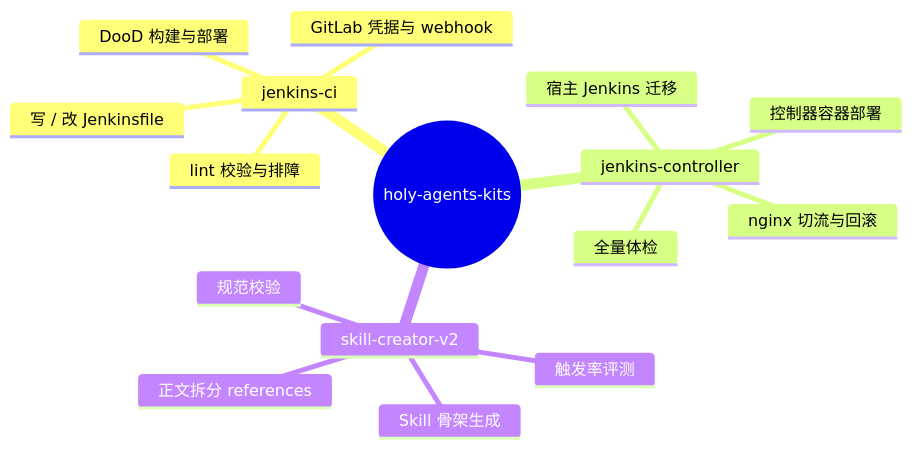
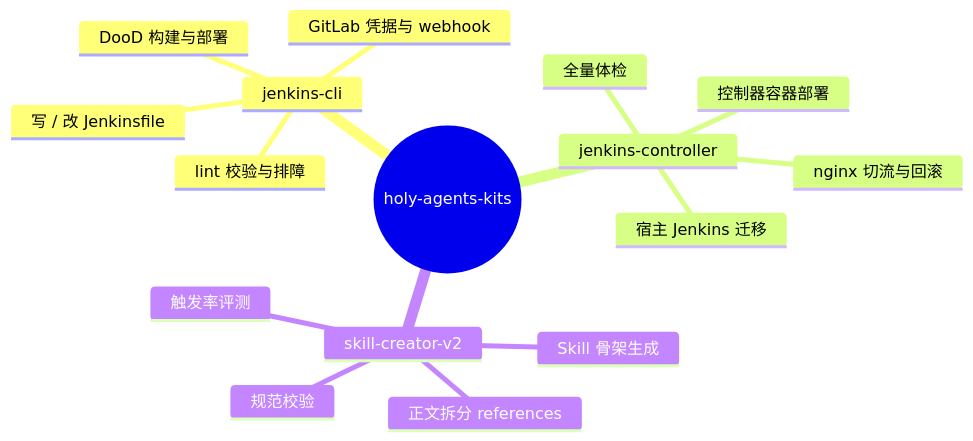
The diagram in README.md (monsterbude123/holy-agents-kits), drawn with Mermaid before and after one commit. The commit also changed other lines of this file and 11 other files, not shown here.

First line of the commit message:
feat: add jenkins-cli skill for Jenkins pipeline authoring and management

````diff
--- a/README.md
+++ b/README.md
@@ -13,19 +13,19 @@
 ```mermaid
 mindmap
   root((holy-agents-kits))
-    jenkins-ci
+    jenkins-cli
       写 / 改 Jenkinsfile
       DooD 构建与部署
       GitLab 凭据与 webhook
       lint 校验与排障
     jenkins-controller
       控制器容器部署
       宿主 Jenkins 迁移
       nginx 切流与回滚
       全量体检
     skill-creator-v2
       Skill 骨架生成
       正文拆分 references
       规范校验
       触发率评测
 ```
````
